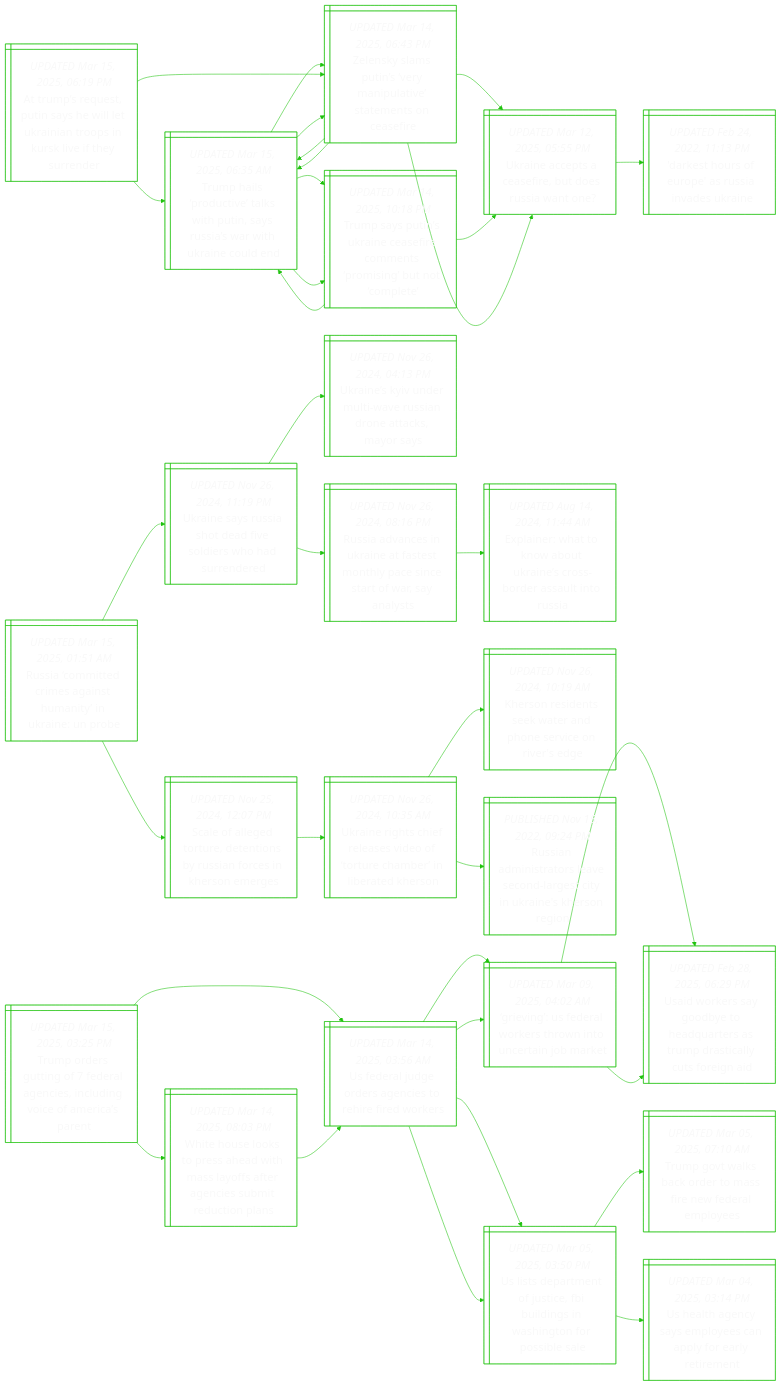
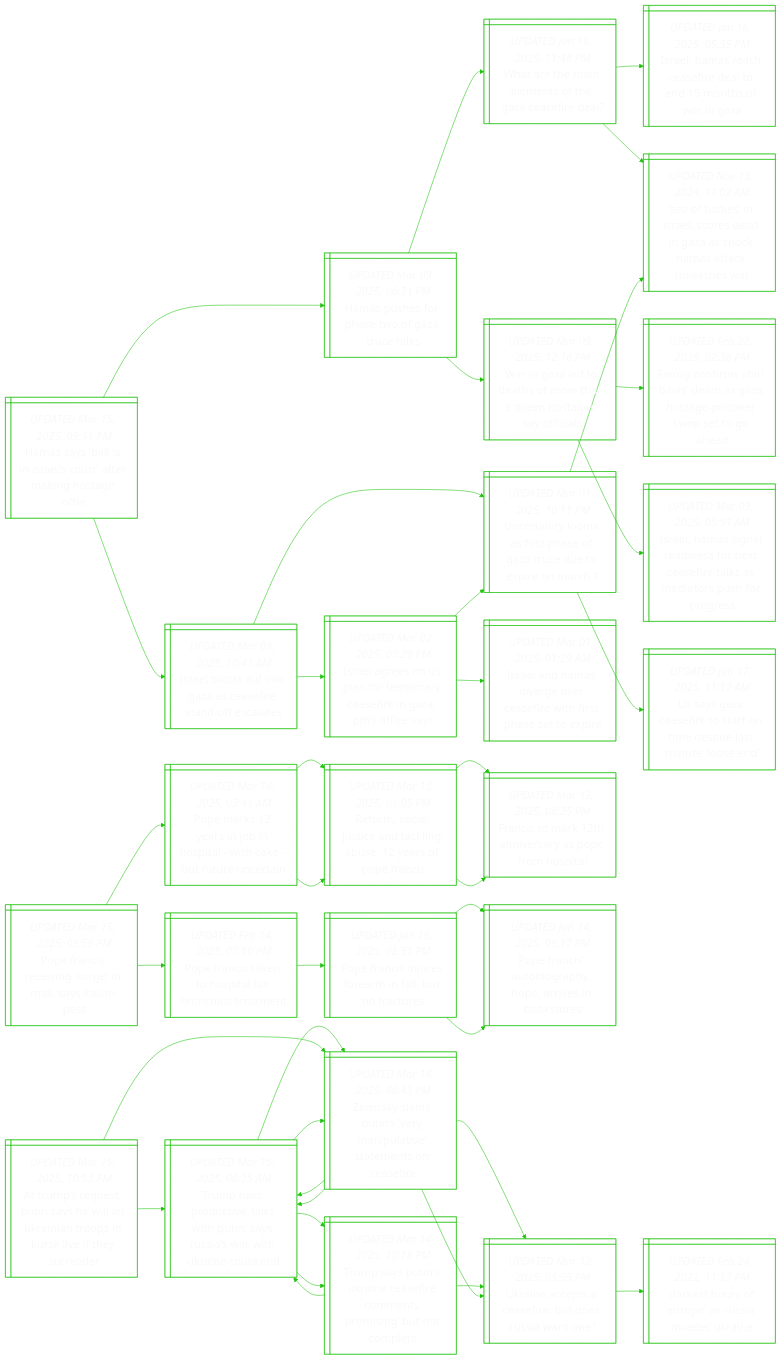
Before and after one commit to notJmes/notJmes: the diagram in README.md, drawn with Mermaid. The commit also changed other lines of this file, not shown here.

````diff
--- a/README.md
+++ b/README.md
@@ -16,7 +16,84 @@
 flowchart LR
 classDef txtsize font-size:20px;
 
-AmqPselraoKlfsn@{ shape: win-pane, label: "_UPDATED Mar 15, 2025, 06:19 PM_
+Hsaiaofahge@{ shape: win-pane, label: "_UPDATED Mar 15, 2025, 09:31 PM_
+Hamas says ‘ball is in israel’s court’ after making hostage offer" }
+Hpshwaul@{ shape: win-pane, label: "_UPDATED Mar 09, 2025, 06:31 PM_
+Hamas pushes for phase two of gaza truce talks" }
+Wrmlthaed@{ shape: win-pane, label: "_UPDATED Jan 16, 2025, 11:48 PM_
+What are the main elements of the gaza ceasefire deal?" }
+Ilshedoooia@{ shape: win-pane, label: "_UPDATED Jan 16, 2025, 05:35 PM_
+Israel, hamas reach ceasefire deal to end 15 months of war in gaza" }
+Sbsrcdnacaale@{ shape: win-pane, label: "_UPDATED Nov 13, 2024, 11:02 AM_
+‘sea of bodies’ in israel, scores dead in gaza as shock hamas attack unleashes war" }
+WGeeoedhgyc@{ shape: win-pane, label: "_UPDATED Mar 09, 2025, 12:16 PM_
+War in gaza led to deaths of more than 3 dozen hostages, say officials" }
+Fyihieshgsseod@{ shape: win-pane, label: "_UPDATED Feb 22, 2025, 02:38 PM_
+Family confirms shiri bibas’ death as gaza hostage-prisoner swop set to go ahead" }
+Ilsadsearkeospe@{ shape: win-pane, label: "_UPDATED Mar 09, 2025, 05:51 AM_
+Israel, hamas signal readiness for next ceasefire talks as mediators push for progress" }
+Ilkiacftfas@{ shape: win-pane, label: "_UPDATED Mar 03, 2025, 10:41 AM_
+Israel blocks aid into gaza as ceasefire stand-off escalates" }
+UtysraGruxoc@{ shape: win-pane, label: "_UPDATED Mar 01, 2025, 10:11 PM_
+Uncertainty looms as first phase of gaza truce due to expire on march 1" }
+Uscfotmpanon@{ shape: win-pane, label: "_UPDATED Jan 17, 2025, 11:12 AM_
+Us says gaza ceasefire to start on time despite last minute ‘loose end’" }
+Sbsrcdnacaale@{ shape: win-pane, label: "_UPDATED Nov 13, 2024, 11:02 AM_
+‘sea of bodies’ in israel, scores dead in gaza as shock hamas attack unleashes war" }
+IleSfmrsezoe@{ shape: win-pane, label: "_UPDATED Mar 02, 2025, 03:29 PM_
+Israel agrees on us plan for temporary ceasefire in gaza, pm’s office says" }
+Ilaiecfiratp@{ shape: win-pane, label: "_UPDATED Mar 01, 2025, 01:29 AM_
+Israel and hamas diverge over ceasefire with first phase set to expire" }
+UtysraGruxoc@{ shape: win-pane, label: "_UPDATED Mar 01, 2025, 10:11 PM_
+Uncertainty looms as first phase of gaza truce due to expire on march 1" }
+
+Hsaiaofahge:::txtsize --> Hpshwaul:::txtsize
+Hpshwaul:::txtsize --> Wrmlthaed:::txtsize
+Wrmlthaed:::txtsize --> Ilshedoooia:::txtsize
+Wrmlthaed:::txtsize --> Sbsrcdnacaale:::txtsize
+Hpshwaul:::txtsize --> WGeeoedhgyc:::txtsize
+WGeeoedhgyc:::txtsize --> Fyihieshgsseod:::txtsize
+WGeeoedhgyc:::txtsize --> Ilsadsearkeospe:::txtsize
+Hsaiaofahge:::txtsize --> Ilkiacftfas:::txtsize
+Ilkiacftfas:::txtsize --> UtysraGruxoc:::txtsize
+UtysraGruxoc:::txtsize --> Uscfotmpanon:::txtsize
+UtysraGruxoc:::txtsize --> Sbsrcdnacaale:::txtsize
+Ilkiacftfas:::txtsize --> IleSfmrsezoe:::txtsize
+IleSfmrsezoe:::txtsize --> Ilaiecfiratp:::txtsize
+IleSfmrsezoe:::txtsize --> UtysraGruxoc:::txtsize
+
+PrsisilIat@{ shape: win-pane, label: "_UPDATED Mar 15, 2025, 09:59 PM_
+Pope francis receiving 'surge' in mail, says italian post" }
+Paenniikfer@{ shape: win-pane, label: "_UPDATED Mar 14, 2025, 03:41 AM_
+Pope marks 12 years in job in hospital - with cake - but future uncertain" }
+Rmatnkayoec@{ shape: win-pane, label: "_UPDATED Mar 13, 2025, 01:05 PM_
+Reform, social justice and tackling abuse: 12 years of pope francis" }
+Fiaaeypmi@{ shape: win-pane, label: "_UPDATED Mar 12, 2025, 08:25 PM_
+Francis to mark 12th anniversary as pope from hospital" }
+Rmatnkayoec@{ shape: win-pane, label: "_UPDATED Mar 13, 2025, 01:05 PM_
+Reform, social justice and tackling abuse: 12 years of pope francis" }
+Fiaaeypmi@{ shape: win-pane, label: "_UPDATED Mar 12, 2025, 08:25 PM_
+Francis to mark 12th anniversary as pope from hospital" }
+Prsnslrire@{ shape: win-pane, label: "_UPDATED Feb 14, 2025, 07:10 PM_
+Pope francis taken to hospital for bronchitis treatment" }
+Prsrrilot@{ shape: win-pane, label: "_UPDATED Jan 16, 2025, 08:51 PM_
+Pope francis injures forearm in fall, but no fractures" }
+Prsbaorike@{ shape: win-pane, label: "_UPDATED Jan 14, 2025, 09:17 PM_
+Pope francis’ autobiography, hope, arrives in bookstores" }
+Prsbaorike@{ shape: win-pane, label: "_UPDATED Jan 14, 2025, 09:17 PM_
+Pope francis’ autobiography, hope, arrives in bookstores" }
+
+PrsisilIat:::txtsize --> Paenniikfer:::txtsize
+Paenniikfer:::txtsize --> Rmatnkayoec:::txtsize
+Rmatnkayoec:::txtsize --> Fiaaeypmi:::txtsize
+Paenniikfer:::txtsize --> Rmatnkayoec:::txtsize
+Rmatnkayoec:::txtsize --> Fiaaeypmi:::txtsize
+PrsisilIat:::txtsize --> Prsnslrire:::txtsize
+Prsnslrire:::txtsize --> Prsrrilot:::txtsize
+Prsrrilot:::txtsize --> Prsbaorike:::txtsize
+Prsrrilot:::txtsize --> Prsbaorike:::txtsize
+
+AmqPselraoKlfsn@{ shape: win-pane, label: "_UPDATED Mar 15, 2025, 10:53 PM_
 At trump’s request, putin says he will let ukrainian troops in kursk live if they surrender" }
 Thpctwuaswtaon@{ shape: win-pane, label: "_UPDATED Mar 15, 2025, 06:35 AM_
 Trump hails ‘productive’ talks with putin, says russia’s war with ukraine could end" }
@@ -59,69 +136,4 @@
 Thpctwuaswtaon:::txtsize --> Zsatenasmose:::txtsize
 Thpctwuaswtaon:::txtsize --> TsuUnseeritot:::txtsize
 
-RaicsnmyrUb@{ shape: win-pane, label: "_UPDATED Mar 15, 2025, 01:51 AM_
-Russia ‘committed crimes against humanity’ in ukraine: un probe" }
-Unsitforhre@{ shape: win-pane, label: "_UPDATED Nov 26, 2024, 11:19 PM_
-Ukraine says russia shot dead five soldiers who had surrendered" }
-Unieteiotms@{ shape: win-pane, label: "_UPDATED Nov 26, 2024, 04:13 PM_
-Ukraine’s kyiv under multi-wave russian drone attacks, mayor says" }
-Rannifstanawyy@{ shape: win-pane, label: "_UPDATED Nov 26, 2024, 08:16 PM_
-Russia advances in ukraine at fastest monthly pace since start of war, say analysts" }
-Eihkbkesdsiu@{ shape: win-pane, label: "_UPDATED Aug 14, 2024, 11:44 AM_
-Explainer: what to know about ukraine’s cross-border assault into russia" }
-Soeoenssfseee@{ shape: win-pane, label: "_UPDATED Nov 25, 2024, 12:07 PM_
-Scale of alleged torture, detentions by russian forces in kherson emerges" }
-Unhilsorceite@{ shape: win-pane, label: "_UPDATED Nov 26, 2024, 10:35 AM_
-Ukraine rights chief releases video of ‘torture chamber’ in liberated kherson" }
-Koiswaoroeg@{ shape: win-pane, label: "_UPDATED Nov 26, 2024, 10:19 AM_
-Kherson residents seek water and phone service on river's edge" }
-RairsengiUnern@{ shape: win-pane, label: "_PUBLISHED Nov 15, 2022, 09:24 PM_
-Russian administrators leave second-largest city in ukraine's kherson region" }
-
-RaicsnmyrUb:::txtsize --> Unsitforhre:::txtsize
-Unsitforhre:::txtsize --> Unieteiotms:::txtsize
-Unsitforhre:::txtsize --> Rannifstanawyy:::txtsize
-Rannifstanawyy:::txtsize --> Eihkbkesdsiu:::txtsize
-RaicsnmyrUb:::txtsize --> Soeoenssfseee:::txtsize
-Soeoenssfseee:::txtsize --> Unhilsorceite:::txtsize
-Unhilsorceite:::txtsize --> Koiswaoroeg:::txtsize
-Unhilsorceite:::txtsize --> RairsengiUnern:::txtsize
-
-Tosifanidofia@{ shape: win-pane, label: "_UPDATED Mar 15, 2025, 03:25 PM_
-Trump orders gutting of 7 federal agencies, including voice of america’s parent" }
-Ueurairede@{ shape: win-pane, label: "_UPDATED Mar 14, 2025, 03:56 AM_
-Us federal judge orders agencies to rehire fired workers" }
-Gifakhinabe@{ shape: win-pane, label: "_UPDATED Mar 09, 2025, 04:02 AM_
-‘grieving’: us federal workers thrown into uncertain job market" }
-Uwrgyeasuaaura@{ shape: win-pane, label: "_UPDATED Feb 28, 2025, 06:29 PM_
-Usaid workers say goodbye to headquarters as trump drastically cuts foreign aid" }
-Uwrgyeasuaaura@{ shape: win-pane, label: "_UPDATED Feb 28, 2025, 06:29 PM_
-Usaid workers say goodbye to headquarters as trump drastically cuts foreign aid" }
-UtanueunWnfse@{ shape: win-pane, label: "_UPDATED Mar 05, 2025, 03:50 PM_
-Us lists department of justice, fbi buildings in washington for possible sale" }
-Tgaadmiwrpe@{ shape: win-pane, label: "_UPDATED Mar 05, 2025, 07:10 AM_
-Trump govt walks back order to mass fire new federal employees" }
-Uleapeafrte@{ shape: win-pane, label: "_UPDATED Mar 04, 2025, 03:14 PM_
-Us health agency says employees can apply for early retirement" }
-WHltsahlfenstcp@{ shape: win-pane, label: "_UPDATED Mar 14, 2025, 08:03 PM_
-White house looks to press ahead with mass layoffs after agencies submit reduction plans" }
-Ueurairede@{ shape: win-pane, label: "_UPDATED Mar 14, 2025, 03:56 AM_
-Us federal judge orders agencies to rehire fired workers" }
-Gifakhinabe@{ shape: win-pane, label: "_UPDATED Mar 09, 2025, 04:02 AM_
-‘grieving’: us federal workers thrown into uncertain job market" }
-UtanueunWnfse@{ shape: win-pane, label: "_UPDATED Mar 05, 2025, 03:50 PM_
-Us lists department of justice, fbi buildings in washington for possible sale" }
-
-Tosifanidofia:::txtsize --> Ueurairede:::txtsize
-Ueurairede:::txtsize --> Gifakhinabe:::txtsize
-Gifakhinabe:::txtsize --> Uwrgyeasuaaura:::txtsize
-Gifakhinabe:::txtsize --> Uwrgyeasuaaura:::txtsize
-Ueurairede:::txtsize --> UtanueunWnfse:::txtsize
-UtanueunWnfse:::txtsize --> Tgaadmiwrpe:::txtsize
-UtanueunWnfse:::txtsize --> Uleapeafrte:::txtsize
-Tosifanidofia:::txtsize --> WHltsahlfenstcp:::txtsize
-WHltsahlfenstcp:::txtsize --> Ueurairede:::txtsize
-Ueurairede:::txtsize --> Gifakhinabe:::txtsize
-Ueurairede:::txtsize --> UtanueunWnfse:::txtsize
-
 ```
````
